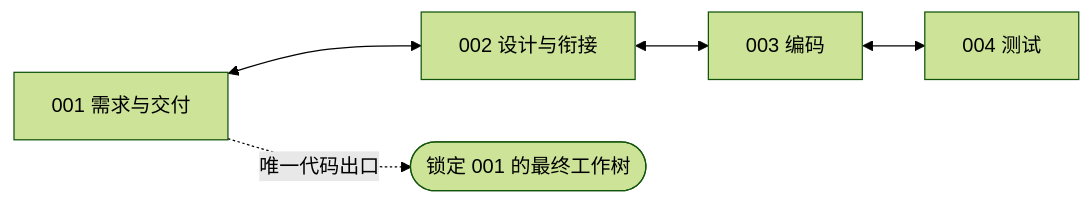
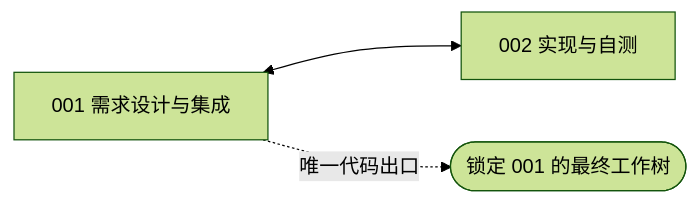
Before and after one commit to haoyueliuzhao/ProWorkSim: the third of 6 diagrams in docs/experiments/software-fixed-organization-v065-review.md, drawn with Mermaid (forest theme). The commit also changed other lines of this file and 76 other files, not shown here.

````diff
--- a/docs/experiments/software-fixed-organization-v065-review.md
+++ b/docs/experiments/software-fixed-organization-v065-review.md
@@ -61,12 +63,8 @@
 ```mermaid
 flowchart LR
-    M1["001 需求与交付"]
-    M2["002 设计与衔接"]
-    M3["003 编码"]
-    M4["004 测试"]
+    M1["001 需求设计与集成"]
+    M2["002 实现与自测"]
     M1 <--> M2
-    M2 <--> M3
-    M3 <--> M4
     E(["锁定 001 的最终工作树"])
     M1 -.->|唯一代码出口| E
 ```
````
